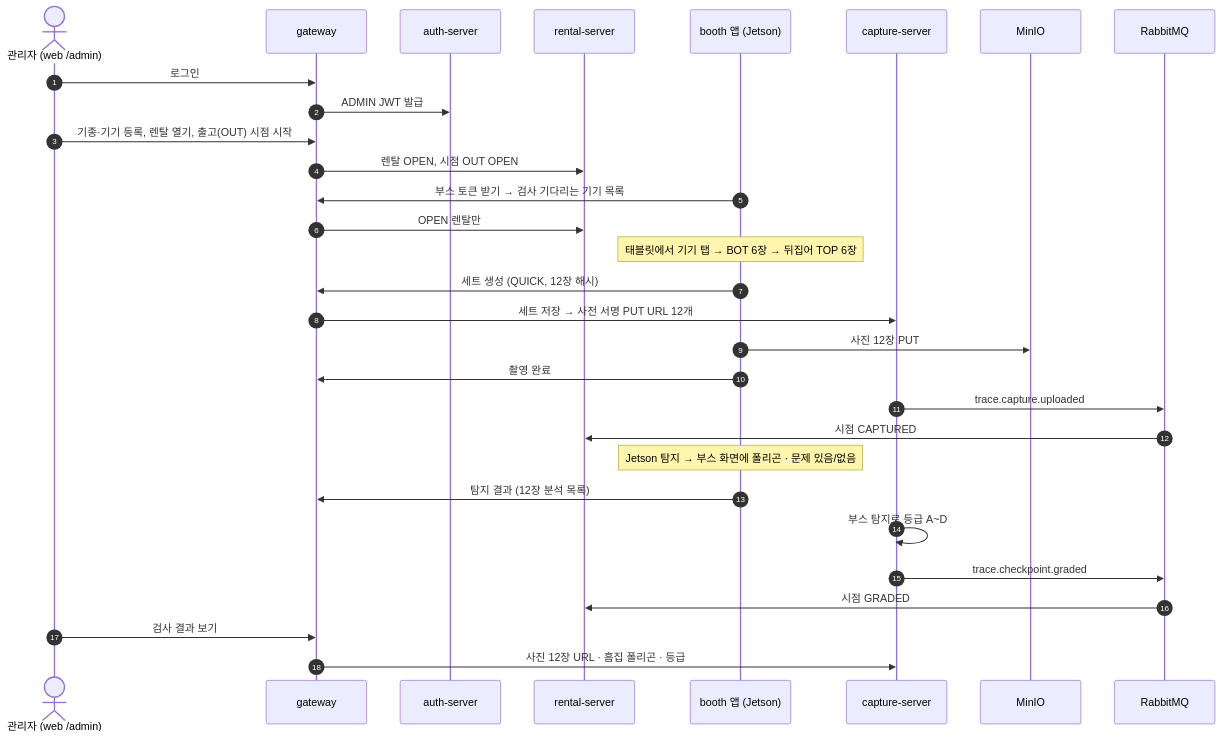
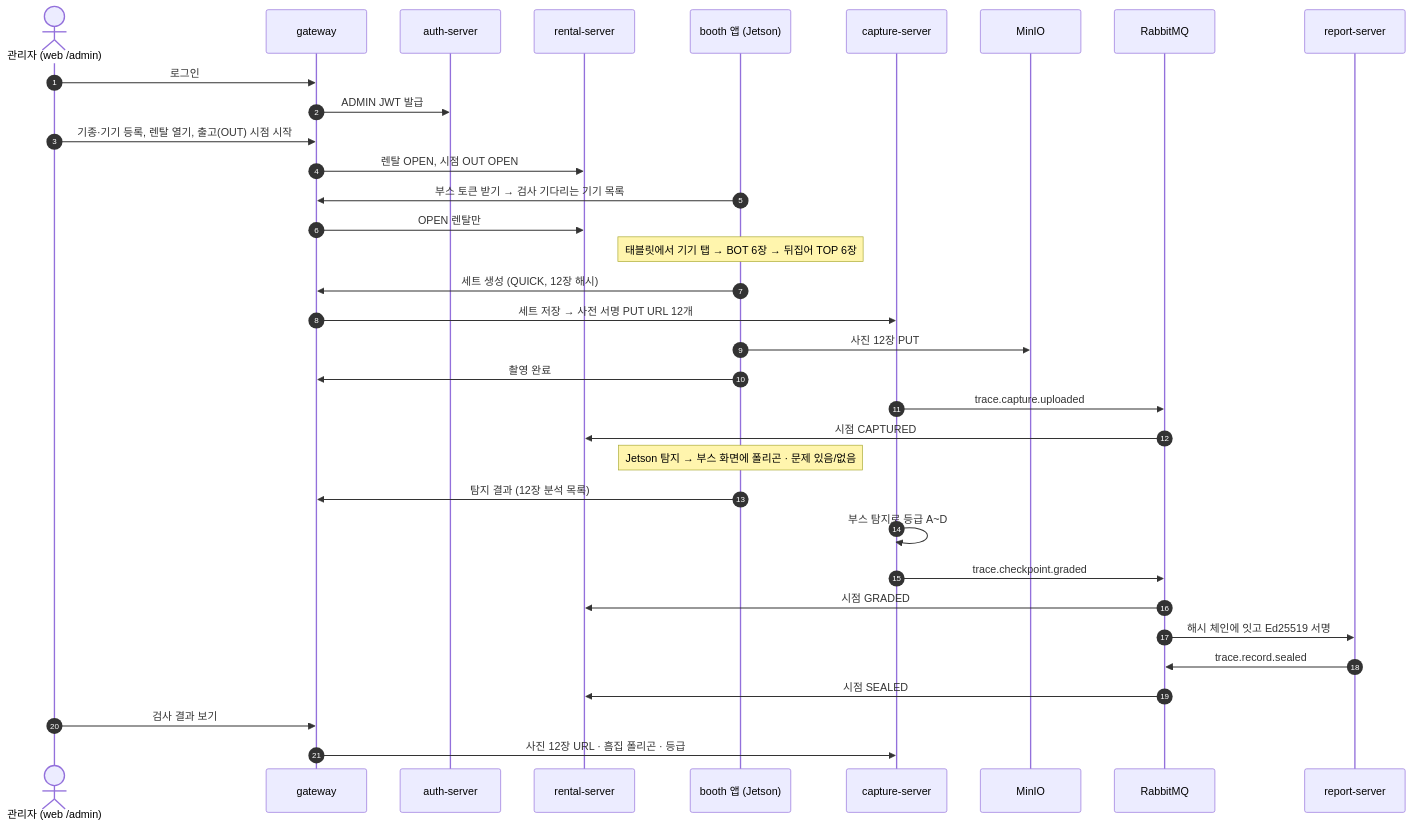
Before and after one commit to GAKDO/docs: the second of 2 diagrams in mvp/01-architecture.md, drawn with Mermaid. The commit also changed other lines of this file and 28 other files, not shown here.

First line of the commit message:
docs: 11/8 전체 점검 — 요구사항 구현 감사표, ERD 35개 테이블, 아키텍처·API 문서를 코드에 맞춤 (#17)

````diff
--- a/mvp/01-architecture.md
+++ b/mvp/01-architecture.md
@@ -92,33 +107,37 @@
 ```mermaid
 sequenceDiagram
   autonumber
   actor Admin as 관리자 (web /admin)
   participant GW as gateway
   participant AU as auth-server
   participant RE as rental-server
   participant BO as booth 앱 (Jetson)
   participant CA as capture-server
   participant S3 as MinIO
   participant MQ as RabbitMQ
+  participant RP as report-server
 
   Admin->>GW: 로그인
   GW->>AU: ADMIN JWT 발급
   Admin->>GW: 기종·기기 등록, 렌탈 열기, 출고(OUT) 시점 시작
   GW->>RE: 렌탈 OPEN, 시점 OUT OPEN
   BO->>GW: 부스 토큰 받기 → 검사 기다리는 기기 목록
   GW->>RE: OPEN 렌탈만
   Note over BO: 태블릿에서 기기 탭 → BOT 6장 → 뒤집어 TOP 6장
   BO->>GW: 세트 생성 (QUICK, 12장 해시)
   GW->>CA: 세트 저장 → 사전 서명 PUT URL 12개
   BO->>S3: 사진 12장 PUT
   BO->>GW: 촬영 완료
   CA->>MQ: trace.capture.uploaded
   MQ->>RE: 시점 CAPTURED
   Note over BO: Jetson 탐지 → 부스 화면에 폴리곤 · 문제 있음/없음
   BO->>GW: 탐지 결과 (12장 분석 목록)
   CA->>CA: 부스 탐지로 등급 A~D
   CA->>MQ: trace.checkpoint.graded
   MQ->>RE: 시점 GRADED
+  MQ->>RP: 해시 체인에 잇고 Ed25519 서명
+  RP->>MQ: trace.record.sealed
+  MQ->>RE: 시점 SEALED
   Admin->>GW: 검사 결과 보기
   GW->>CA: 사진 12장 URL · 흠집 폴리곤 · 등급
 ```
````
